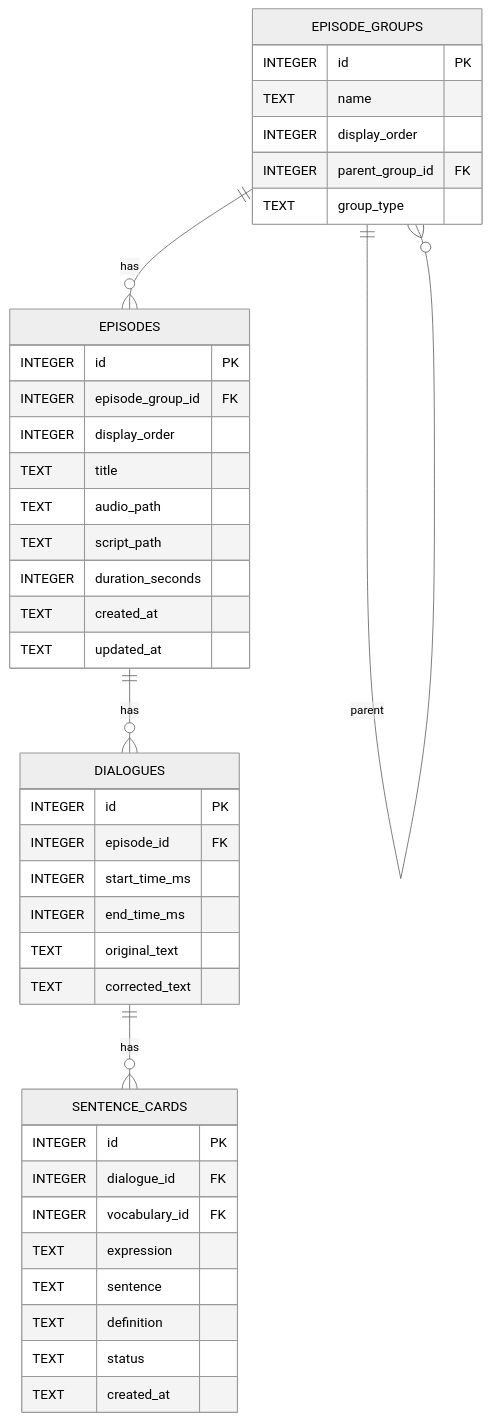
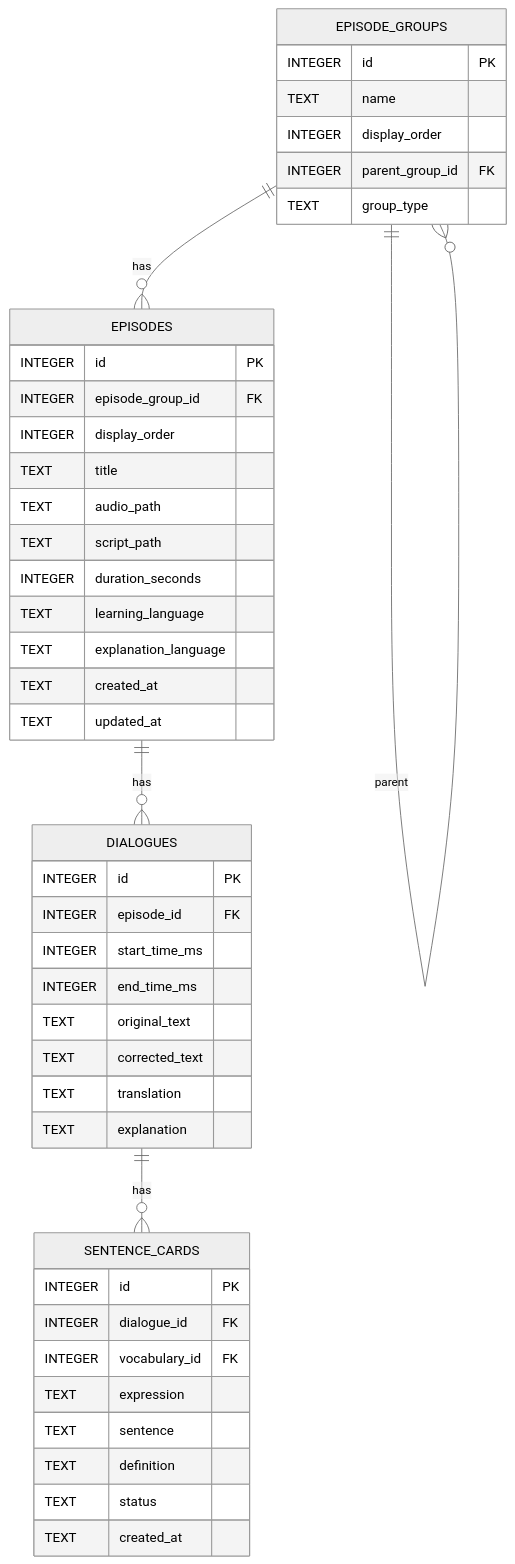
Before and after one commit to k5n/kotonoha: the second of 2 diagrams in doc/technical_specifications.md, drawn with Mermaid (neutral theme). The commit also changed other lines of this file and 12 other files, not shown here.

````diff
--- a/doc/technical_specifications.md
+++ b/doc/technical_specifications.md
@@ -161,44 +159,48 @@
 ```mermaid
 erDiagram
     EPISODE_GROUPS {
         INTEGER id PK
         TEXT name
         INTEGER display_order
         INTEGER parent_group_id FK
         TEXT group_type
     }
     EPISODES {
         INTEGER id PK
         INTEGER episode_group_id FK
         INTEGER display_order
         TEXT title
         TEXT audio_path
         TEXT script_path
         INTEGER duration_seconds
+        TEXT learning_language
+        TEXT explanation_language
         TEXT created_at
         TEXT updated_at
     }
     DIALOGUES {
         INTEGER id PK
         INTEGER episode_id FK
         INTEGER start_time_ms
         INTEGER end_time_ms
         TEXT original_text
         TEXT corrected_text
+        TEXT translation
+        TEXT explanation
     }
     SENTENCE_CARDS {
         INTEGER id PK
         INTEGER dialogue_id FK
         INTEGER vocabulary_id FK
         TEXT expression
         TEXT sentence
         TEXT definition
         TEXT status
         TEXT created_at
     }
 
     EPISODE_GROUPS ||--o{ EPISODE_GROUPS : "parent"
     EPISODE_GROUPS ||--o{ EPISODES : "has"
     EPISODES ||--o{ DIALOGUES : "has"
     DIALOGUES ||--o{ SENTENCE_CARDS : "has"
 ```
````
